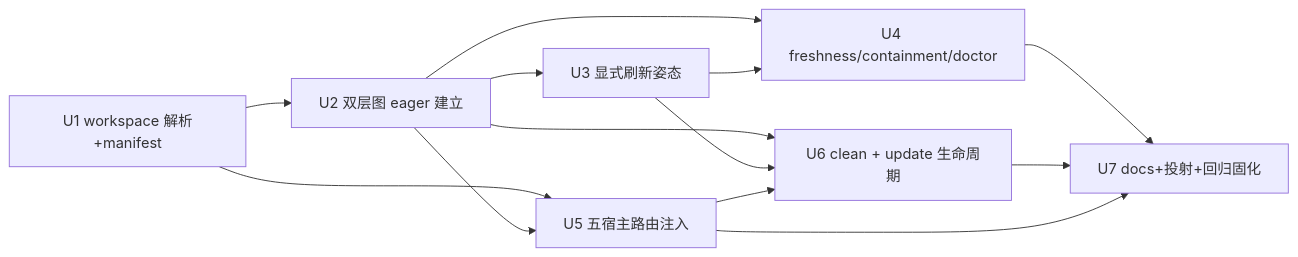
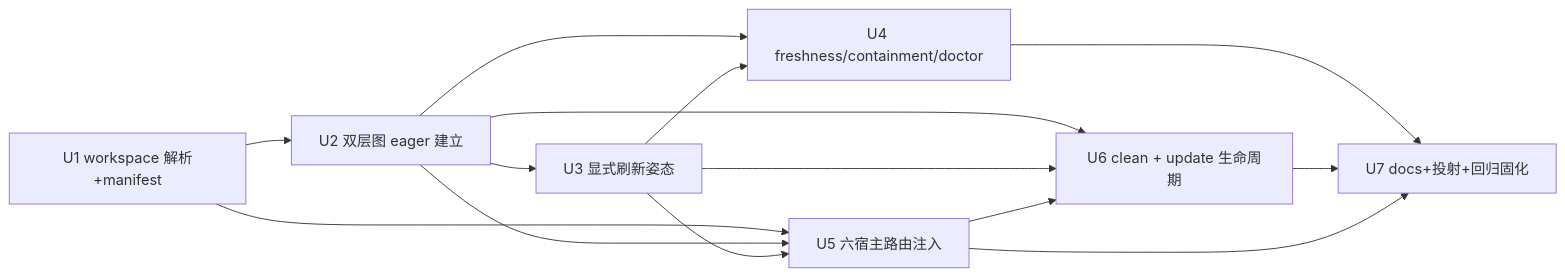
Before and after one commit to leo-kuang-ai/spec-first: the third of 3 diagrams in docs/plans/2026-07-13-001-feat-per-requirement-workspace-multi-repo-graph-plan.md, drawn with Mermaid. The commit also changed other lines of this file and 254 other files, not shown here.

````diff
--- a/docs/plans/2026-07-13-001-feat-per-requirement-workspace-multi-repo-graph-plan.md
+++ b/docs/plans/2026-07-13-001-feat-per-requirement-workspace-multi-repo-graph-plan.md
@@ -150,15 +161,16 @@
 ```mermaid
 flowchart LR
   U1[U1 workspace 解析+manifest] --> U2[U2 双层图 eager 建立]
   U2 --> U3[U3 显式刷新姿态]
   U2 --> U4[U4 freshness/containment/doctor]
   U3 --> U4
-  U1 --> U5[U5 五宿主路由注入]
+  U1 --> U5[U5 六宿主路由注入]
   U2 --> U5
+  U3 --> U5
   U2 --> U6[U6 clean + update 生命周期]
   U3 --> U6
   U5 --> U6
   U4 --> U7[U7 docs+投射+回归固化]
   U6 --> U7
   U5 --> U7
 ```
````
